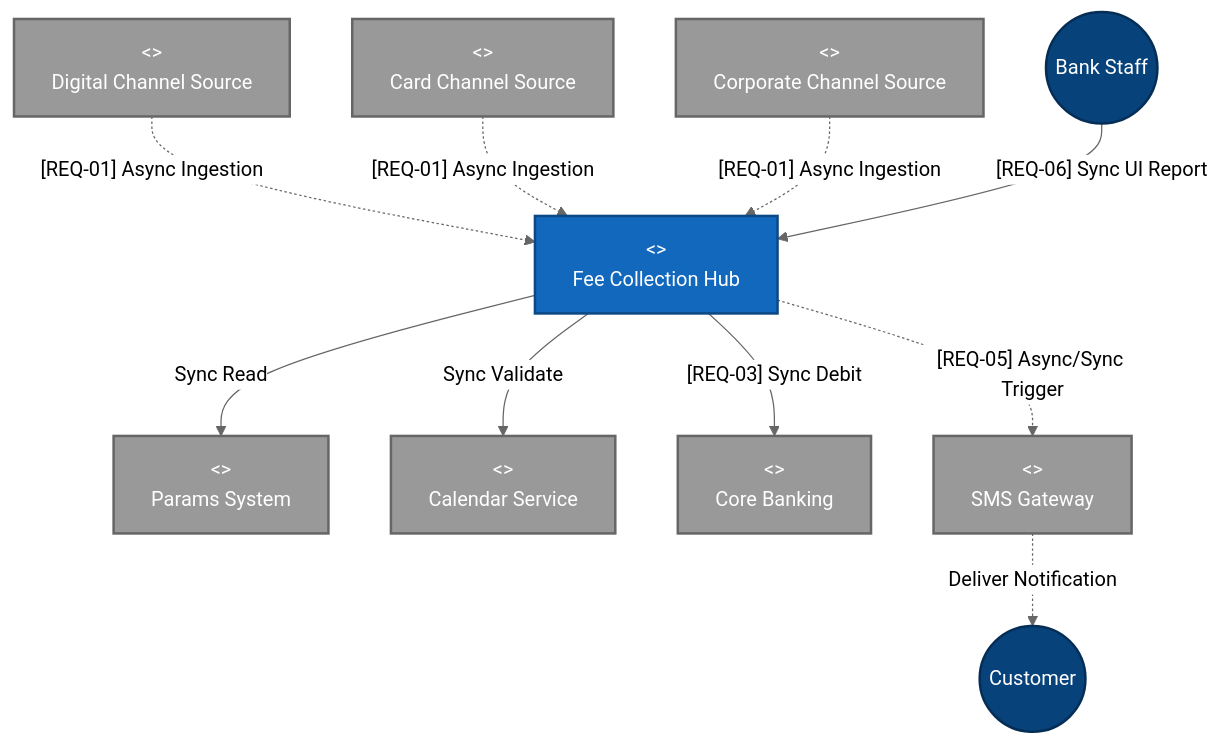
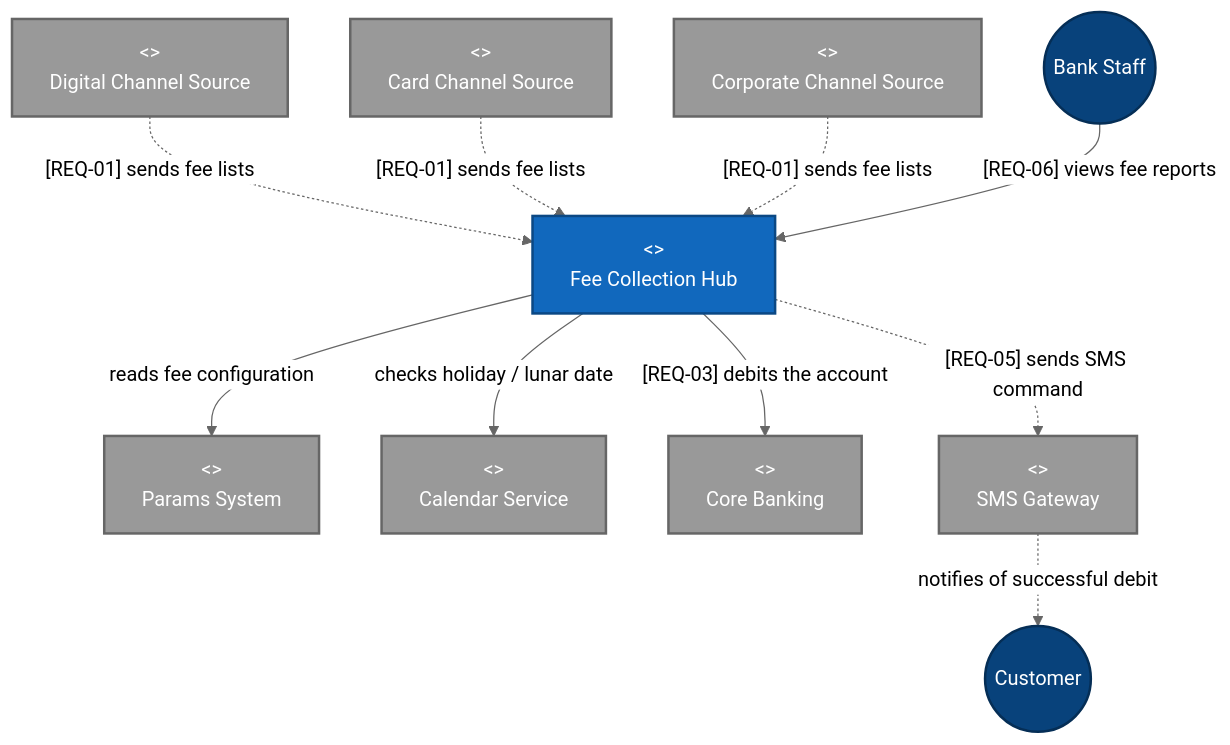
The first of 2 diagrams in lab9/Lab9_System_Modeling_C4.md (handuchome/uml), drawn with Mermaid (neutral theme) before and after one commit. The commit also changed other lines of this file, not shown here.

````diff
--- a/lab9/Lab9_System_Modeling_C4.md
+++ b/lab9/Lab9_System_Modeling_C4.md
@@ -25,43 +25,43 @@
 ```mermaid
 flowchart TD
     classDef actor fill:#08427b,color:#fff,stroke:#052e56,stroke-width:2px;
     classDef system fill:#1168bd,color:#fff,stroke:#0b4884,stroke-width:2px;
     classDef external fill:#999999,color:#fff,stroke:#666666,stroke-width:2px;
 
     %% Actors (I-2)
     Staff((Bank Staff)):::actor
     Cust((Customer)):::actor
 
     %% Central System
     Hub[<<System>>
 Fee Collection Hub]:::system
 
     %% External Systems (I-3)
     Digi[<<External System>>
 Digital Channel Source]:::external
     Card[<<External System>>
 Card Channel Source]:::external
     Corp[<<External System>>
 Corporate Channel Source]:::external
     Params[<<External System>>
 Params System]:::external
     Cal[<<External System>>
 Calendar Service]:::external
     Core[<<External System>>
 Core Banking]:::external
     SMS[<<External System>>
 SMS Gateway]:::external
 
     %% High-level Context Relationships
-    Digi -. "[REQ-01] Async Ingestion" .-> Hub
-    Card -. "[REQ-01] Async Ingestion" .-> Hub
-    Corp -. "[REQ-01] Async Ingestion" .-> Hub
+    Digi -. "[REQ-01] sends fee lists" .-> Hub
+    Card -. "[REQ-01] sends fee lists" .-> Hub
+    Corp -. "[REQ-01] sends fee lists" .-> Hub
 
-    Hub -- "Sync Read" --> Params
-    Hub -- "Sync Validate" --> Cal
-    Hub -- "[REQ-03] Sync Debit" --> Core
-    Hub -. "[REQ-05] Async/Sync Trigger" .-> SMS
+    Hub -- "reads fee configuration" --> Params
+    Hub -- "checks holiday / lunar date" --> Cal
+    Hub -- "[REQ-03] debits the account" --> Core
+    Hub -. "[REQ-05] sends SMS command" .-> SMS
 
-    SMS -. "Deliver Notification" .-> Cust
-    Staff -- "[REQ-06] Sync UI Report" --> Hub
+    SMS -. "notifies of successful debit" .-> Cust
+    Staff -- "[REQ-06] views fee reports" --> Hub
 ```
````
